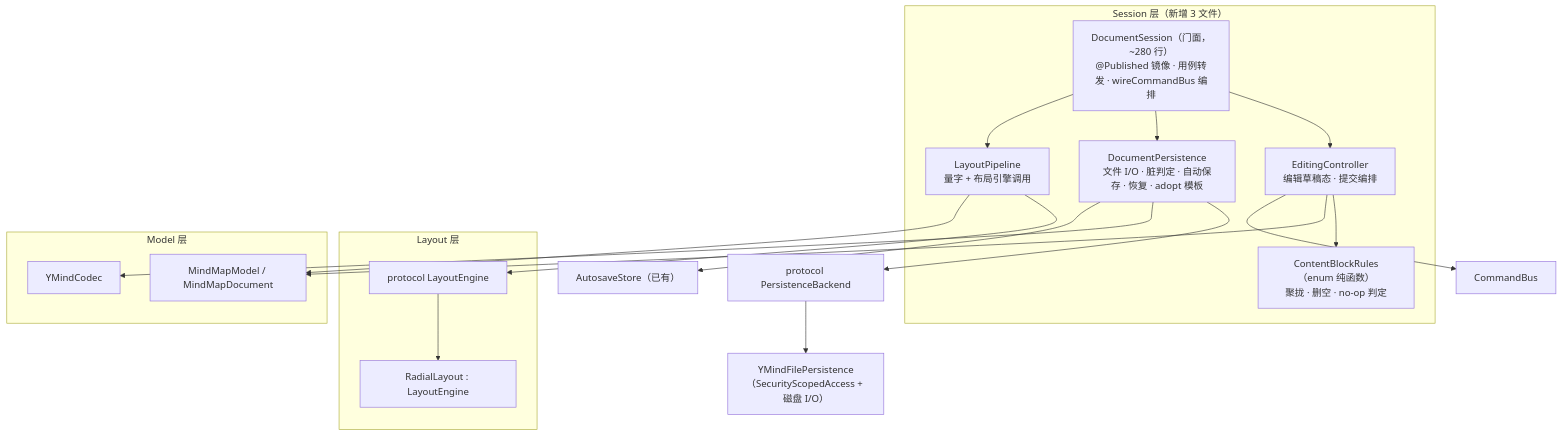
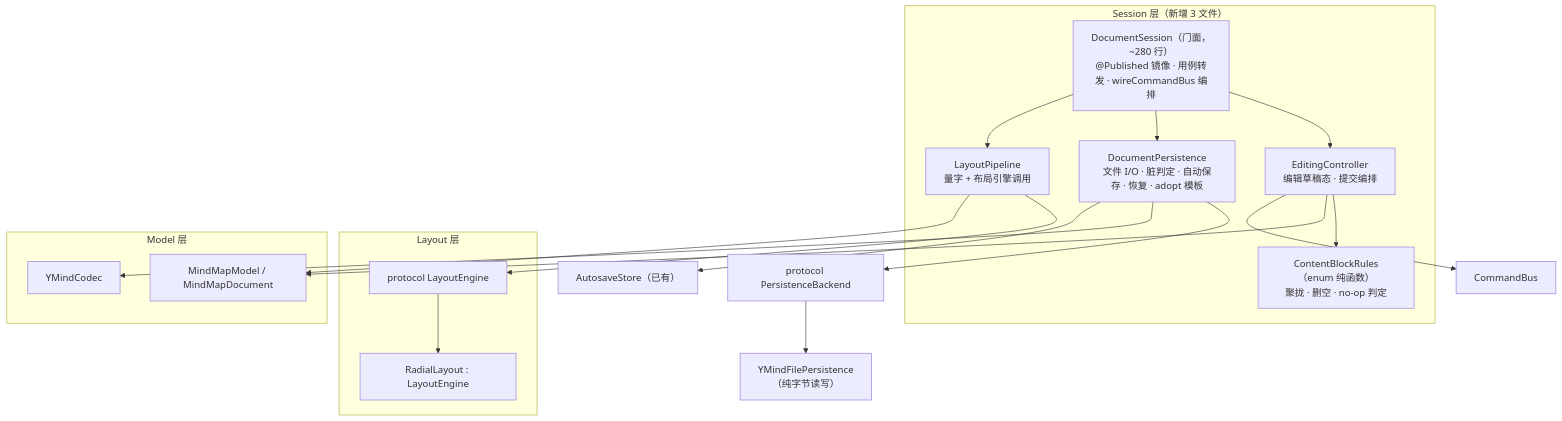
The first of 4 diagrams in docs/superpowers/specs/2026-10-02-ymind-document-session-refactor-design.md (LieonShelly/Linva), drawn with Mermaid before and after one commit. The commit also changed other lines of this file and 1 other file, not shown here.

````diff
--- a/docs/superpowers/specs/2026-10-02-ymind-document-session-refactor-design.md
+++ b/docs/superpowers/specs/2026-10-02-ymind-document-session-refactor-design.md
@@ -59,32 +59,32 @@
 ```mermaid
 flowchart TB
   subgraph Session["Session 层（新增 3 文件）"]
     DS["DocumentSession（门面，~280 行）<br/>@Published 镜像 · 用例转发 · wireCommandBus 编排"]
     EC["EditingController<br/>编辑草稿态 · 提交编排"]
     CR["ContentBlockRules（enum 纯函数）<br/>聚拢 · 删空 · no-op 判定"]
     DP["DocumentPersistence<br/>文件 I/O · 脏判定 · 自动保存 · 恢复 · adopt 模板"]
     LP["LayoutPipeline<br/>量字 + 布局引擎调用"]
   end
   subgraph Layout["Layout 层"]
     LE["protocol LayoutEngine"]
     RL["RadialLayout : LayoutEngine"]
   end
   subgraph Model["Model 层"]
     M["MindMapModel / MindMapDocument"]
     C["YMindCodec"]
   end
 
   DS --> EC
   EC --> CR
   EC --> M
   EC --> Bus["CommandBus"]
   DS --> DP
   DP --> PB["protocol PersistenceBackend"]
-  PB --> YF["YMindFilePersistence<br/>（SecurityScopedAccess + 磁盘 I/O）"]
+  PB --> YF["YMindFilePersistence<br/>（纯字节读写）"]
   DP --> C
   DP --> AS["AutosaveStore（已有）"]
   DS --> LP
   LP --> LE
   LE --> RL
   LP --> M
 ```
````
